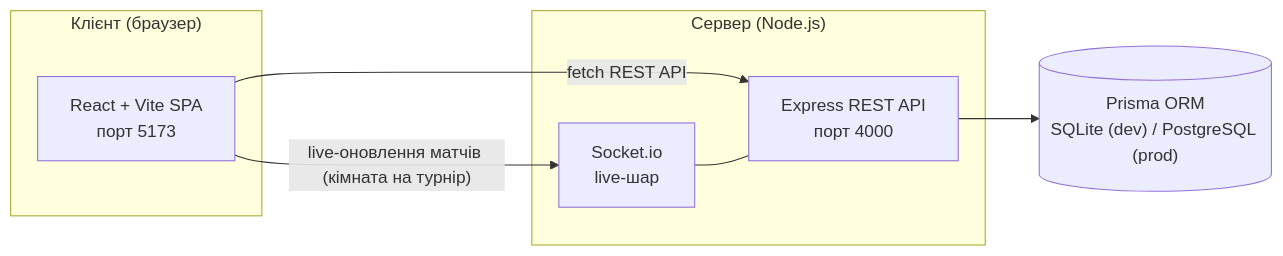
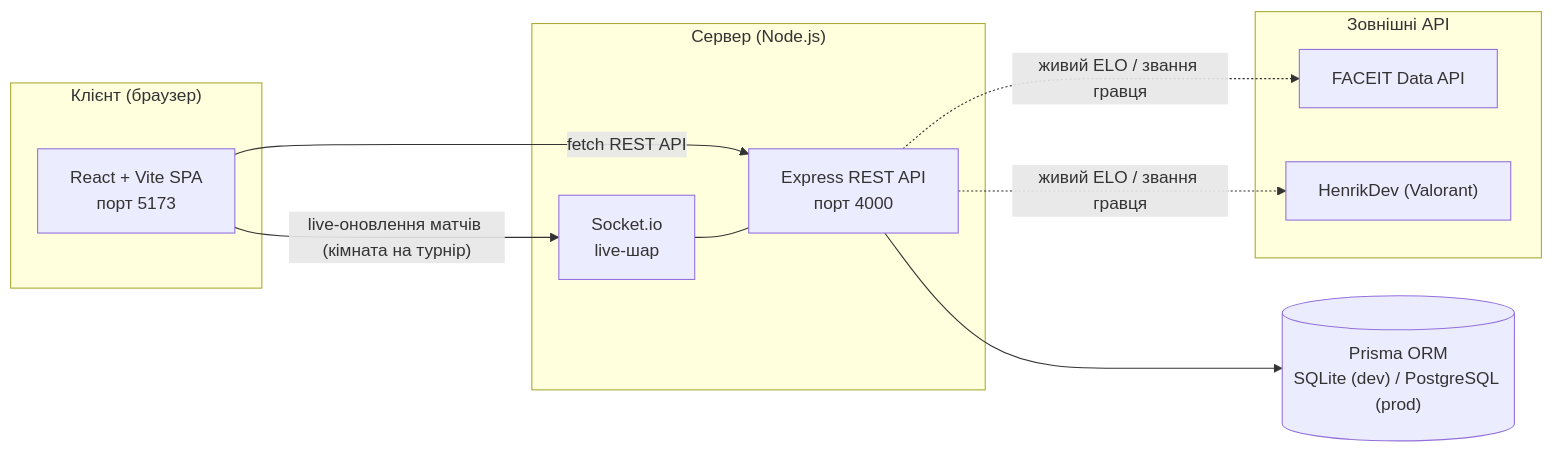
The first of 2 diagrams in README.md (zelonka228/tourney-platform), drawn with Mermaid before and after one commit. The commit also changed other lines of this file and 1 other file, not shown here.

````diff
--- a/README.md
+++ b/README.md
@@ -105,18 +107,25 @@
 ```mermaid
 flowchart LR
     subgraph Client["Клієнт (браузер)"]
         FE["React + Vite SPA<br/>порт 5173"]
     end
 
     subgraph Server["Сервер (Node.js)"]
         BE["Express REST API<br/>порт 4000"]
         WS["Socket.io<br/>live-шар"]
     end
 
+    subgraph External["Зовнішні API"]
+        FACEIT["FACEIT Data API"]
+        HENRIK["HenrikDev (Valorant)"]
+    end
+
     DB[("Prisma ORM<br/>SQLite (dev) / PostgreSQL (prod)")]
 
     FE -- "fetch REST API" --> BE
     FE -- "live-оновлення матчів (кімната на турнір)" --> WS
     BE --> DB
+    BE -. "живий ELO / звання гравця" .-> FACEIT
+    BE -. "живий ELO / звання гравця" .-> HENRIK
     WS --- BE
 ```
````
